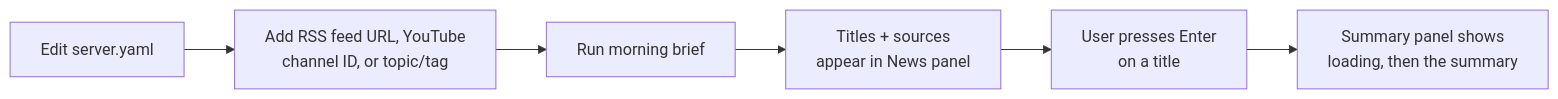
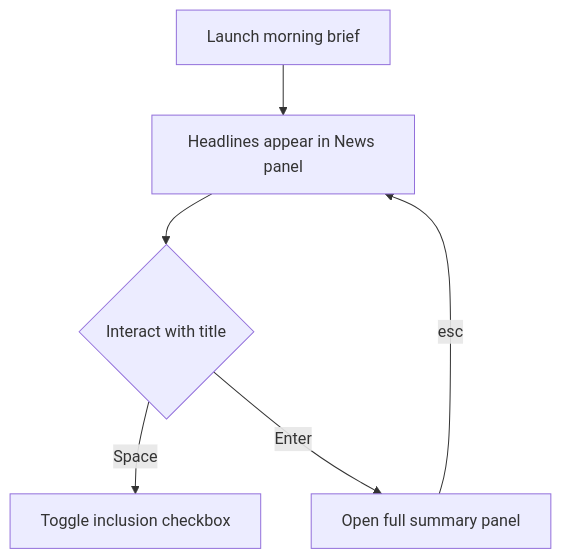
The first of 5 diagrams in docs/PRODUCT.md (toucham/morning-brief), drawn with Mermaid before and after one commit. The commit also changed other lines of this file and 16 other files, not shown here.

````diff
--- a/docs/PRODUCT.md
+++ b/docs/PRODUCT.md
@@ -47,8 +37,8 @@
 ```mermaid
-flowchart LR
-    A[Edit server.yaml] --> B["Add RSS feed URL, YouTube<br>channel ID, or topic/tag"]
-    B --> C[Run morning brief]
-    C --> D[Titles + sources<br>appear in News panel]
-    D --> E["User presses Enter<br>on a title"]
-    E --> F[Summary panel shows<br>loading, then the summary]
+flowchart TD
+    A["Launch morning brief"] --> B["Headlines appear in News panel"]
+    B --> C{"Interact with title"}
+    C -->|"Space"| D["Toggle inclusion checkbox"]
+    C -->|"Enter"| E["Open full summary panel"]
+    E -->|"esc"| B
 ```
````
